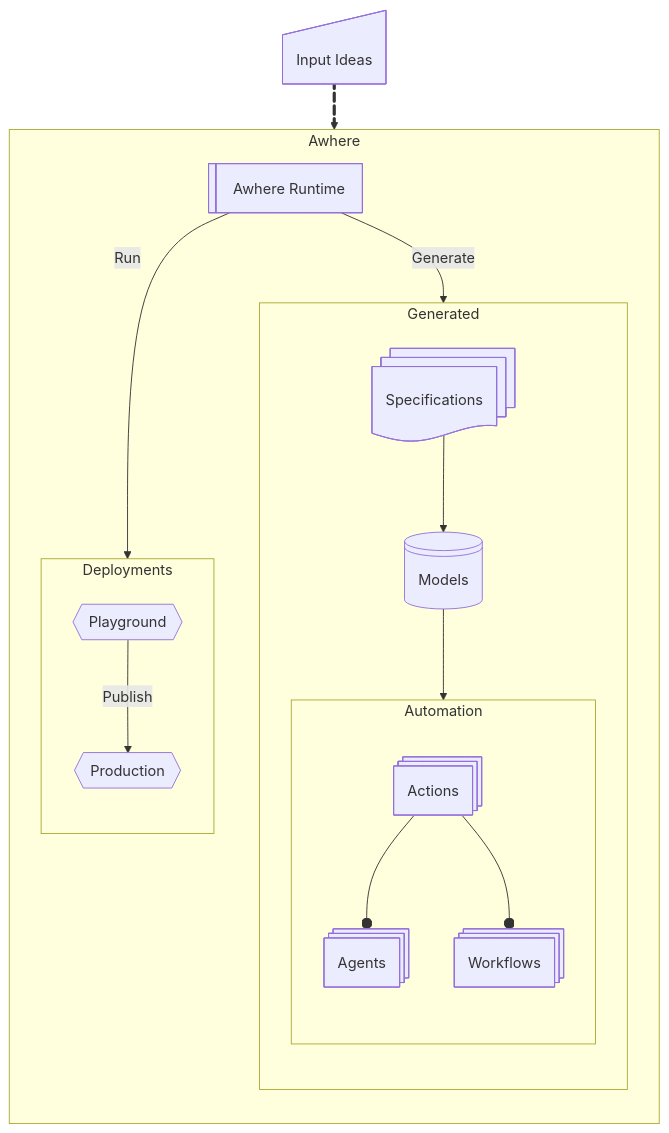
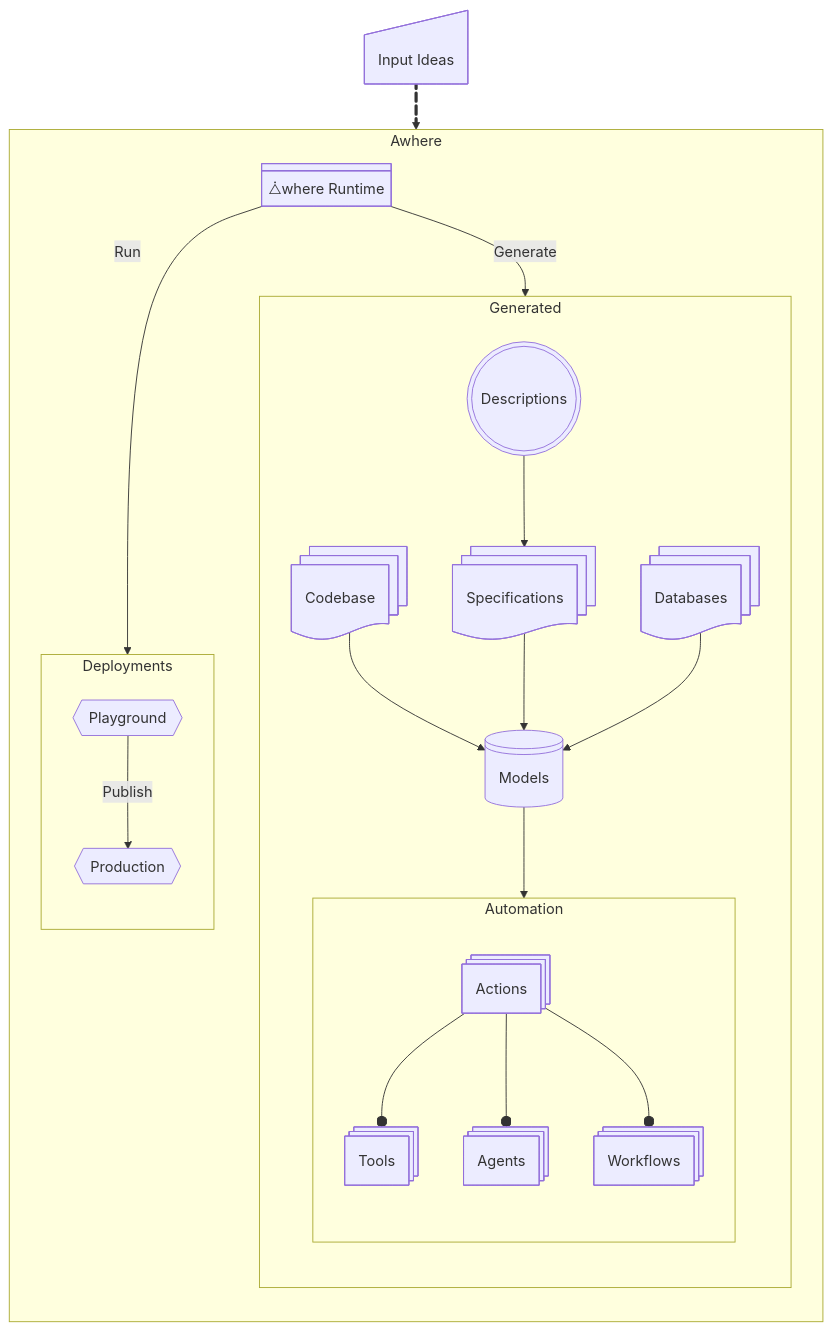
Before and after one commit to alywonder/awhere-ai: the second of 2 diagrams in README.md, drawn with Mermaid. The commit also changed other lines of this file, not shown here.

Commit message:
updated concepts

````diff
--- a/README.md
+++ b/README.md
@@ -52,33 +53,41 @@
    ```mermaid
    flowchart TB
     idea@{ shape: manual-input, label: "Input Ideas" }
     subgraph Awhere
         direction TB
-        arun@{ shape: lin-rect, label: "Awhere Runtime" }
+        arun@{ shape: div-rect, label: "⧊where Runtime" }
         subgraph Generated
             direction TB
+            description@{ shape: dbl-circ, label: "Descriptions" }
             specs@{ shape: docs, label: "Specifications" }
+            code@{ shape: docs, label: "Codebase" }
+            db@{ shape: docs, label: "Databases" }
             models@{ shape: lin-cyl, label: "Models" }
             subgraph Automation
                 direction TB
                 actions@{ shape: processes, label: "Actions" }
+                tools@{ shape: processes, label: "Tools" }
                 agents@{ shape: processes, label: "Agents" }
                 workflows@{ shape: processes, label: "Workflows" }
+                actions --o tools
                 actions --o agents
                 actions --o workflows
             end
+            description --> specs
+            code --> models
             specs --> models
+            db --> models
             models --> Automation
         end
         subgraph Deployments
             direction TB
             playground@{ shape: hex, label: "Playground" }
             production@{ shape: hex, label: "Production" }
             playground -->|Publish| production
         end
         arun -->|Generate| Generated
         arun -->|Run| playground
     end
     idea eip@==> Awhere
     eip@{ animate: true }
    ```
````
